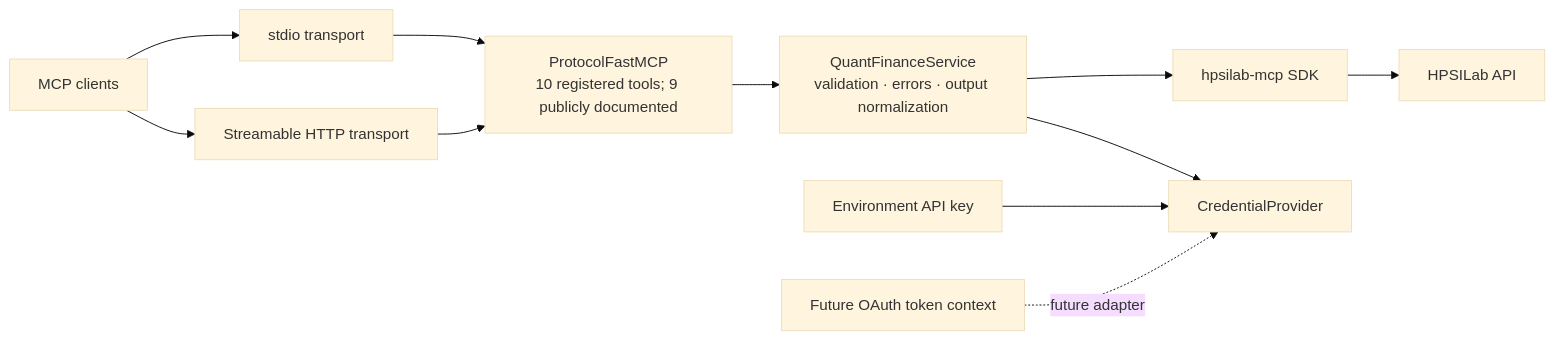
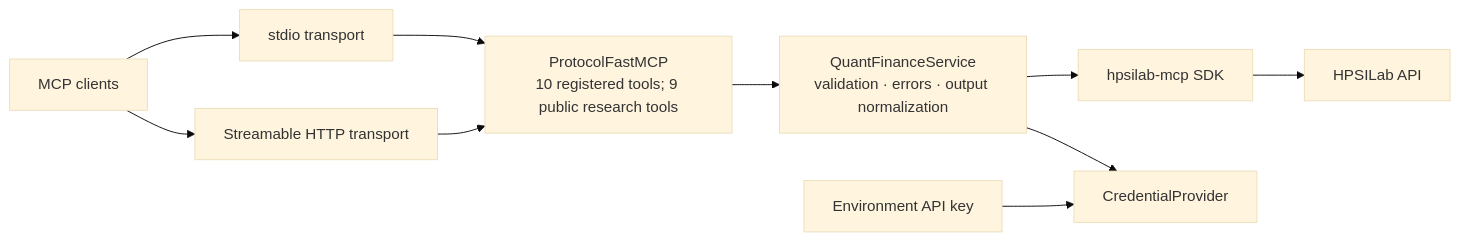
The diagram in docs/architecture.md (haiyunsky/hpsilab-quant-finance-mcp), drawn with Mermaid (base theme) before and after one commit. The commit also changed other lines of this file and 11 other files, not shown here.

````diff
--- a/docs/architecture.md
+++ b/docs/architecture.md
@@ -7,20 +7,18 @@
 ```mermaid
 flowchart LR
     C["MCP clients"]
     STDIO["stdio transport"]
     HTTP["Streamable HTTP transport"]
-    MCP["ProtocolFastMCP<br/>10 registered tools; 9 publicly documented"]
+    MCP["ProtocolFastMCP<br/>10 registered tools; 9 public research tools"]
     SERVICE["QuantFinanceService<br/>validation · errors · output normalization"]
     CREDS["CredentialProvider"]
     ENV["Environment API key"]
-    FUTURE["Future OAuth token context"]
     SDK["hpsilab-mcp SDK"]
     API["HPSILab API"]
 
     C --> STDIO --> MCP
     C --> HTTP --> MCP
     MCP --> SERVICE --> SDK --> API
     SERVICE --> CREDS
     ENV --> CREDS
-    FUTURE -. future adapter .-> CREDS
 ```
````
